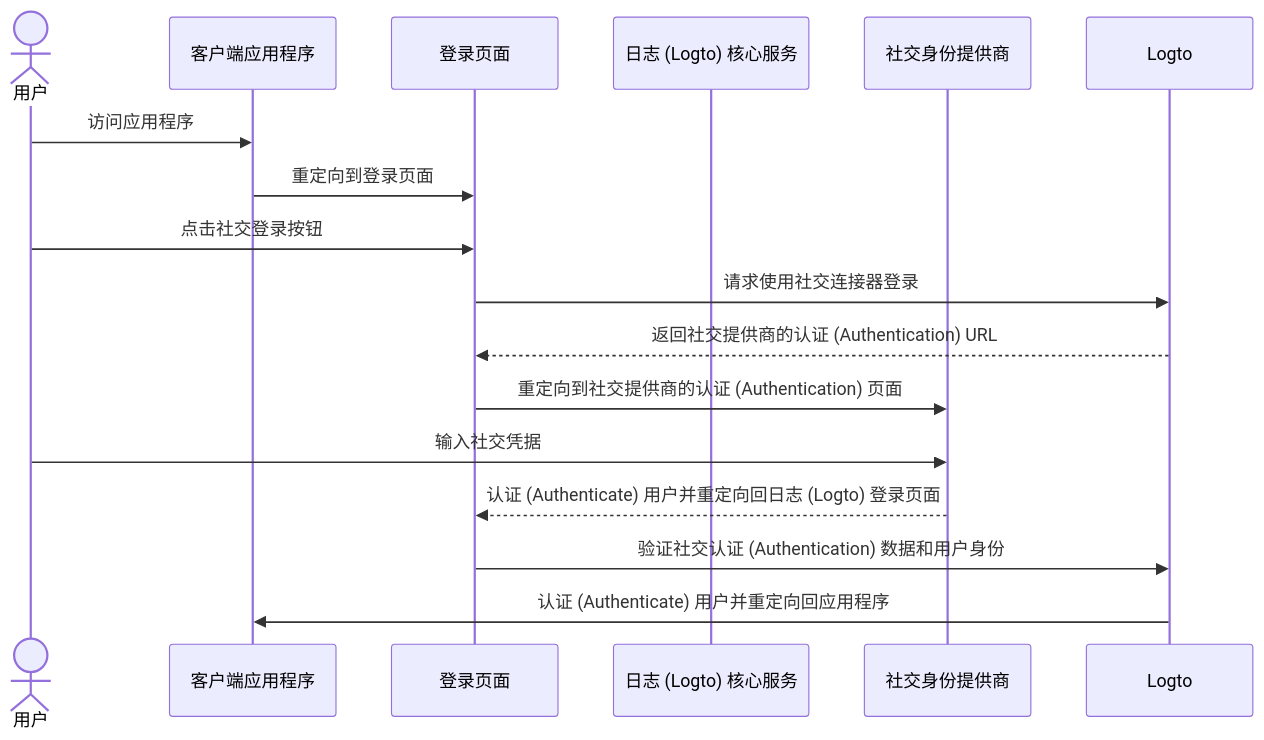
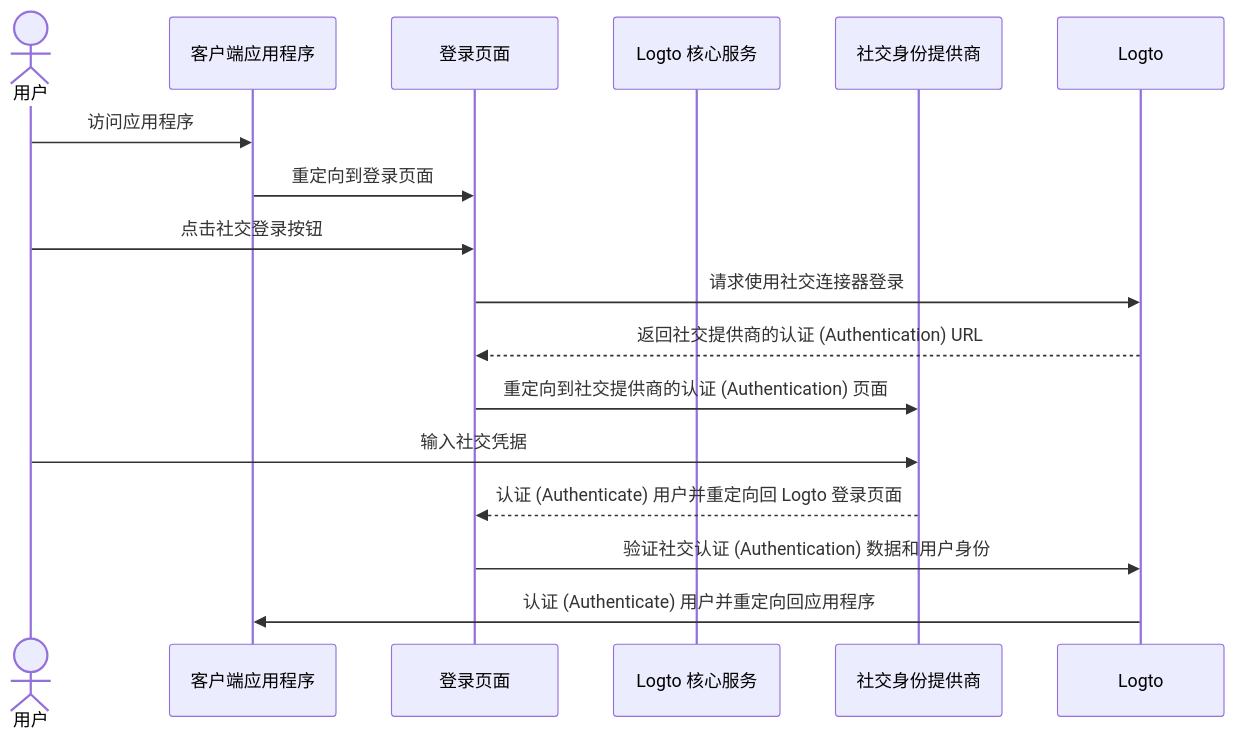
The first of 5 diagrams in i18n/zh-CN/docusaurus-plugin-content-docs/current/end-user-flows/sign-up-and-sign-in/social-sign-in.mdx (logto-io/docs), drawn with Mermaid before and after one commit. The commit also changed other lines of this file and 77 other files, not shown here.

````diff
--- a/i18n/zh-CN/docusaurus-plugin-content-docs/current/end-user-flows/sign-up-and-sign-in/social-sign-in.mdx
+++ b/i18n/zh-CN/docusaurus-plugin-content-docs/current/end-user-flows/sign-up-and-sign-in/social-sign-in.mdx
@@ -35,19 +35,19 @@
 ```mermaid
 sequenceDiagram
     actor user as 用户
     participant app as 客户端应用程序
     participant experience as 登录页面
-    participant logto as 日志 (Logto) 核心服务
+    participant logto as  Logto 核心服务
     participant social as 社交身份提供商
 
     user->>app: 访问应用程序
     app->>experience: 重定向到登录页面
     user->>experience: 点击社交登录按钮
     experience->>Logto: 请求使用社交连接器登录
     Logto-->>experience: 返回社交提供商的认证 (Authentication) URL
     experience->>social: 重定向到社交提供商的认证 (Authentication) 页面
     user->>social: 输入社交凭据
-    social-->>experience: 认证 (Authenticate) 用户并重定向回日志 (Logto) 登录页面
+    social-->>experience: 认证 (Authenticate) 用户并重定向回 Logto 登录页面
     experience->>Logto: 验证社交认证 (Authentication) 数据和用户身份
     Logto->>app: 认证 (Authenticate) 用户并重定向回应用程序
 ```
````
